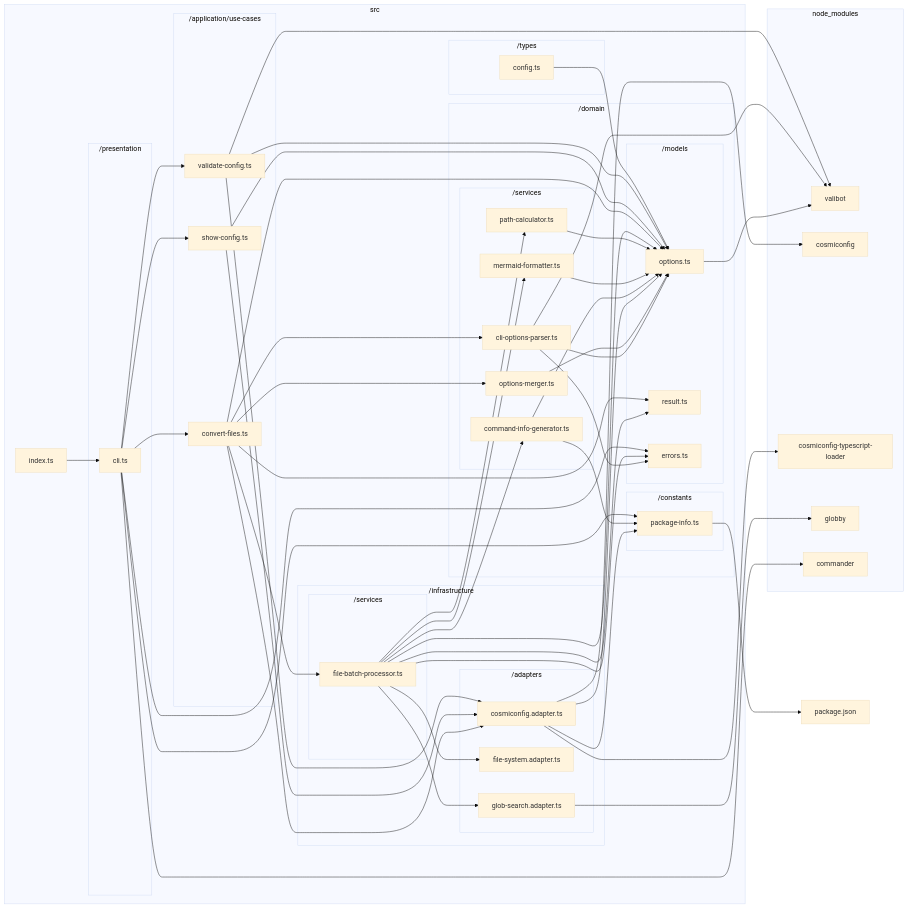
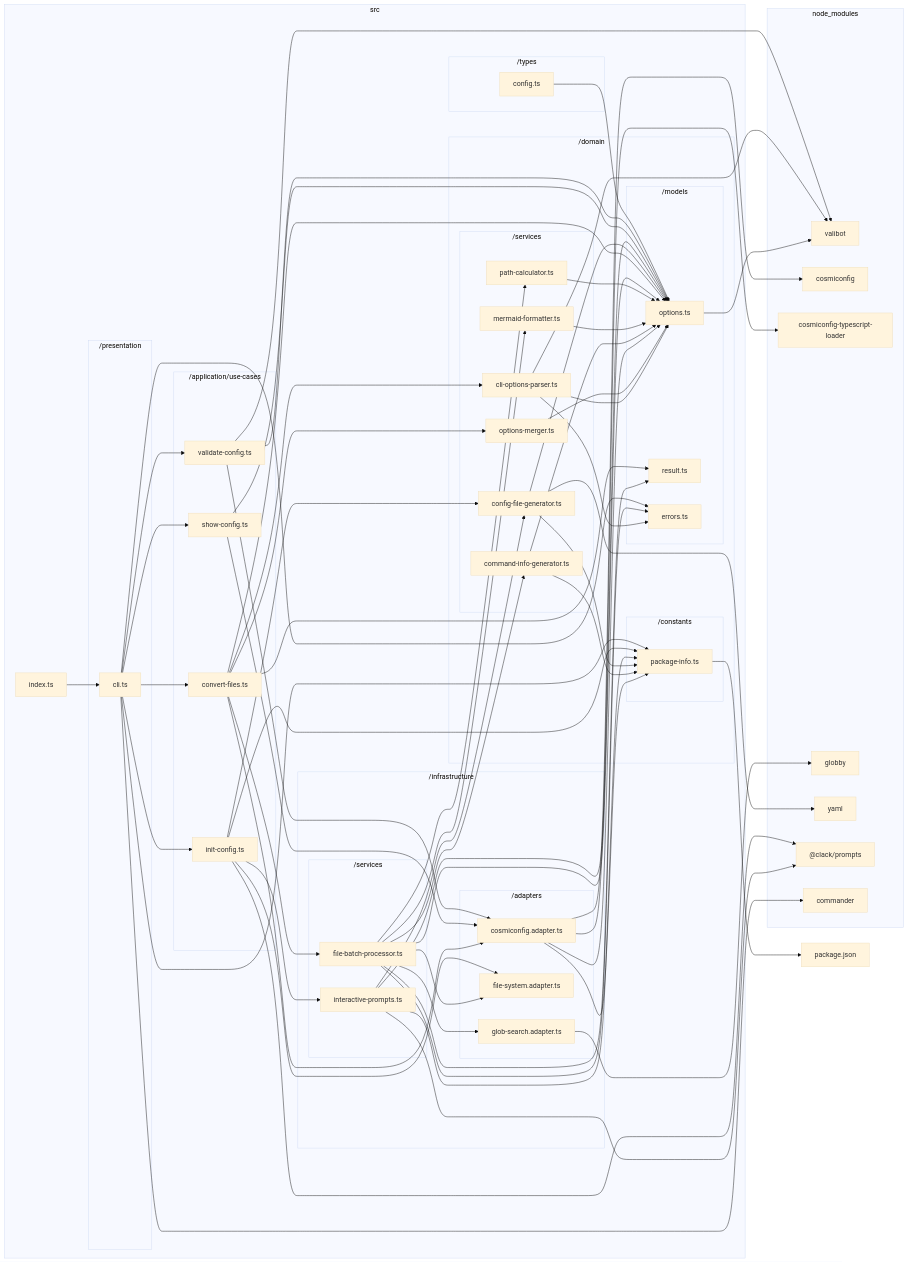
One commit to sugurutakahashi-1234/mermaid-markdown-wrap changed the diagram in docs/reports/dependencies/deps-graph.md. Above: the diagram before and after it, drawn with Mermaid (base theme). The commit also changed 12 other files, not shown here.

```diff
--- a/docs/reports/dependencies/deps-graph.md
+++ b/docs/reports/dependencies/deps-graph.md
@@ -20,6 +20,7 @@
                 src/domain/services/command//info//generator.ts["command-info-generator.ts"]
                 src/domain/services/mermaid//formatter.ts["mermaid-formatter.ts"]
                 src/domain/services/path//calculator.ts["path-calculator.ts"]
+                src/domain/services/config//file//generator.ts["config-file-generator.ts"]
             end
             subgraph src/domain/constants["/constants"]
                 src/domain/constants/package//info.ts["package-info.ts"]
@@ -33,10 +34,12 @@
             end
             subgraph src/infrastructure/services["/services"]
                 src/infrastructure/services/file//batch//processor.ts["file-batch-processor.ts"]
+                src/infrastructure/services/interactive//prompts.ts["interactive-prompts.ts"]
             end
         end
         subgraph src/application/use//cases["/application/use-cases"]
             src/application/use//cases/convert//files.ts["convert-files.ts"]
+            src/application/use//cases/init//config.ts["init-config.ts"]
             src/application/use//cases/show//config.ts["show-config.ts"]
             src/application/use//cases/validate//config.ts["validate-config.ts"]
         end
@@ -52,6 +55,8 @@
         node//modules/cosmiconfig/dist/index.d.ts["cosmiconfig"]
         node//modules/cosmiconfig//typescript//loader/dist/types/index.d.ts["cosmiconfig-typescript-loader"]
         node//modules/globby/index.d.ts["globby"]
+        node//modules/yaml/dist/index.d.ts["yaml"]
+        node//modules///clack/prompts/dist/index.d.ts["@clack/prompts"]
         node//modules/commander/typings/index.d.ts["commander"]
     end
     src/domain/models/options.ts-->node//modules/valibot/dist/index.d.cts
@@ -83,6 +88,18 @@
     src/application/use//cases/convert//files.ts-->src/domain/services/options//merger.ts
     src/application/use//cases/convert//files.ts-->src/infrastructure/adapters/cosmiconfig.adapter.ts
     src/application/use//cases/convert//files.ts-->src/infrastructure/services/file//batch//processor.ts
+    src/domain/services/config//file//generator.ts-->node//modules/yaml/dist/index.d.ts
+    src/domain/services/config//file//generator.ts-->src/domain/constants/package//info.ts
+    src/domain/services/config//file//generator.ts-->src/domain/models/options.ts
+    src/infrastructure/services/interactive//prompts.ts-->node//modules///clack/prompts/dist/index.d.ts
+    src/infrastructure/services/interactive//prompts.ts-->src/domain/constants/package//info.ts
+    src/infrastructure/services/interactive//prompts.ts-->src/domain/models/options.ts
+    src/infrastructure/services/interactive//prompts.ts-->src/domain/services/config//file//generator.ts
+    src/application/use//cases/init//config.ts-->src/domain/constants/package//info.ts
+    src/application/use//cases/init//config.ts-->src/domain/services/config//file//generator.ts
+    src/application/use//cases/init//config.ts-->src/infrastructure/adapters/file//system.adapter.ts
+    src/application/use//cases/init//config.ts-->src/infrastructure/services/interactive//prompts.ts
+    src/application/use//cases/init//config.ts-->node//modules///clack/prompts/dist/index.d.ts
     src/application/use//cases/show//config.ts-->src/domain/models/options.ts
     src/application/use//cases/show//config.ts-->src/infrastructure/adapters/cosmiconfig.adapter.ts
     src/application/use//cases/validate//config.ts-->node//modules/valibot/dist/index.d.cts
@@ -90,6 +107,7 @@
     src/application/use//cases/validate//config.ts-->src/infrastructure/adapters/cosmiconfig.adapter.ts
     src/presentation/cli.ts-->node//modules/commander/typings/index.d.ts
     src/presentation/cli.ts-->src/application/use//cases/convert//files.ts
+    src/presentation/cli.ts-->src/application/use//cases/init//config.ts
     src/presentation/cli.ts-->src/application/use//cases/show//config.ts
     src/presentation/cli.ts-->src/application/use//cases/validate//config.ts
     src/presentation/cli.ts-->src/domain/constants/package//info.ts
```
